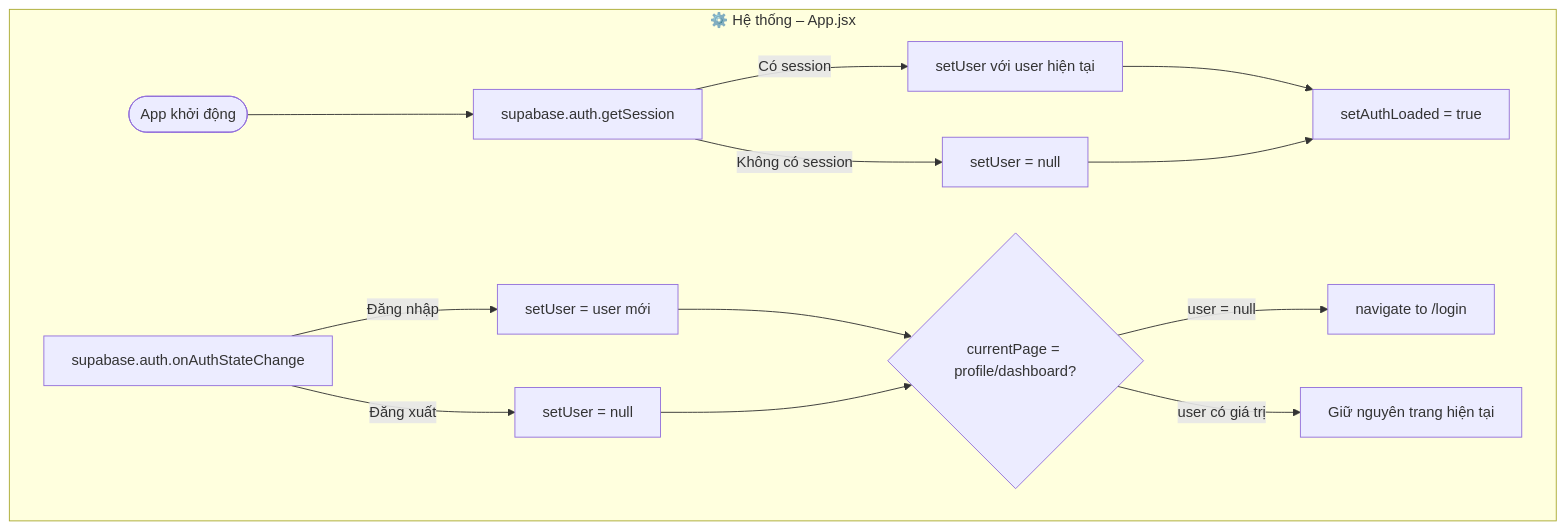
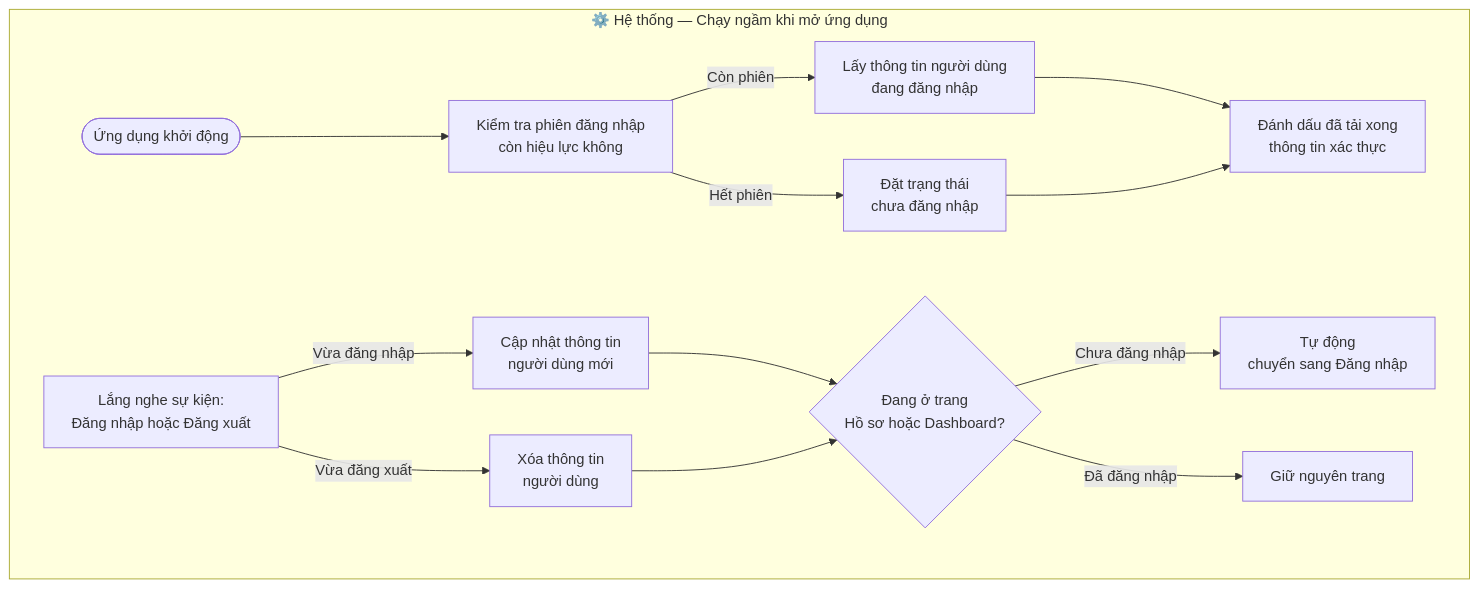
Before and after one commit to natelyt12/trotot: the fourth of 4 diagrams in prj_workflows/01_auth_workflow.md, drawn with Mermaid. The commit also changed other lines of this file and 5 other files, not shown here.

Commit message:
fix: sửa lại định dạng cho phù hợp với người low-code

````diff
--- a/prj_workflows/01_auth_workflow.md
+++ b/prj_workflows/01_auth_workflow.md
@@ -129,18 +129,18 @@
 ```mermaid
 flowchart TD
-    subgraph SYSTEM["⚙️ Hệ thống – App.jsx"]
-        A([App khởi động]) --> B[supabase.auth.getSession]
-        B --> |Có session| C[setUser với user hiện tại]
-        B --> |Không có session| D[setUser = null]
-        C --> E[setAuthLoaded = true]
+    subgraph SYSTEM["⚙️ Hệ thống — Chạy ngầm khi mở ứng dụng"]
+        A([Ứng dụng khởi động]) --> B[Kiểm tra phiên đăng nhập\ncòn hiệu lực không]
+        B --> |Còn phiên| C[Lấy thông tin người dùng\nđang đăng nhập]
+        B --> |Hết phiên| D[Đặt trạng thái\nchưa đăng nhập]
+        C --> E[Đánh dấu đã tải xong\nthông tin xác thực]
         D --> E
 
-        F[supabase.auth.onAuthStateChange] --> |Đăng nhập| G[setUser = user mới]
-        F --> |Đăng xuất| H[setUser = null]
+        F[Lắng nghe sự kiện:\nĐăng nhập hoặc Đăng xuất] --> |Vừa đăng nhập| G[Cập nhật thông tin\nngười dùng mới]
+        F --> |Vừa đăng xuất| H[Xóa thông tin\nngười dùng]
 
-        G --> I{currentPage = profile/dashboard?}
+        G --> I{Đang ở trang\nHồ sơ hoặc Dashboard?}
         H --> I
-        I -- user = null --> J[navigate to /login]
-        I -- user có giá trị --> K[Giữ nguyên trang hiện tại]
+        I -- Chưa đăng nhập --> J[Tự động\nchuyển sang Đăng nhập]
+        I -- Đã đăng nhập --> K[Giữ nguyên trang]
     end
 ```
````
